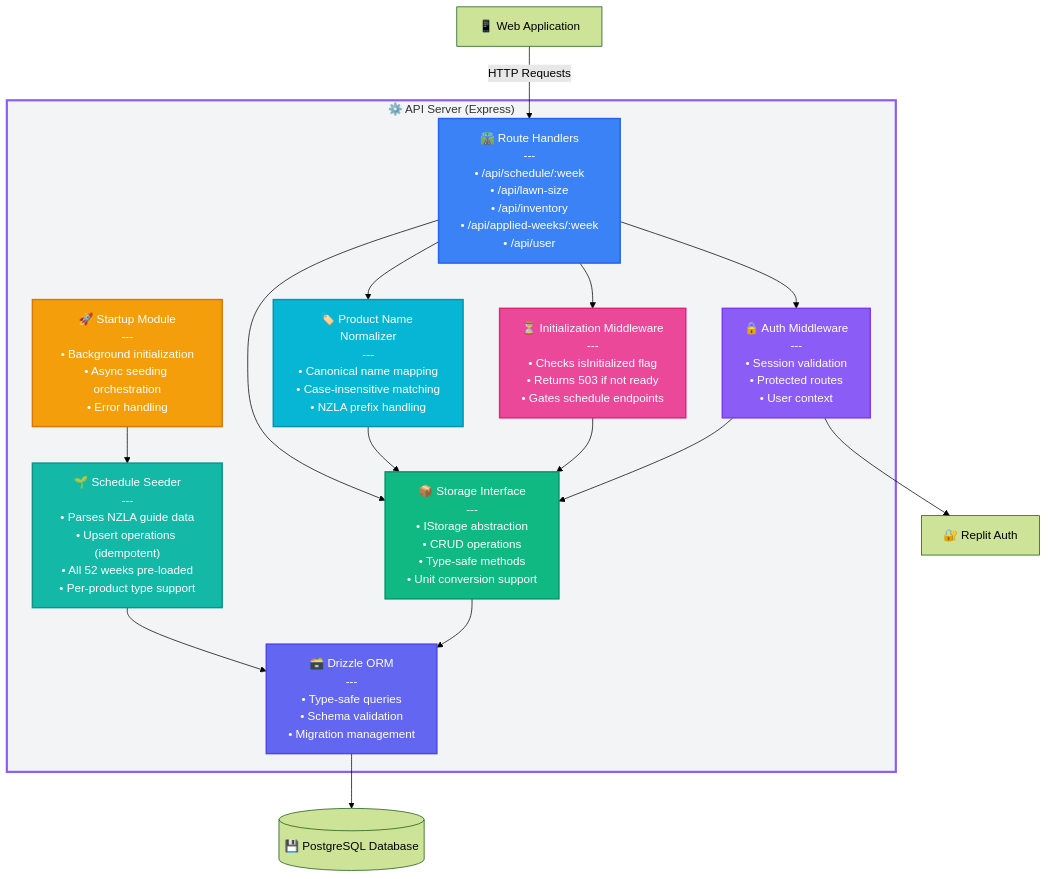
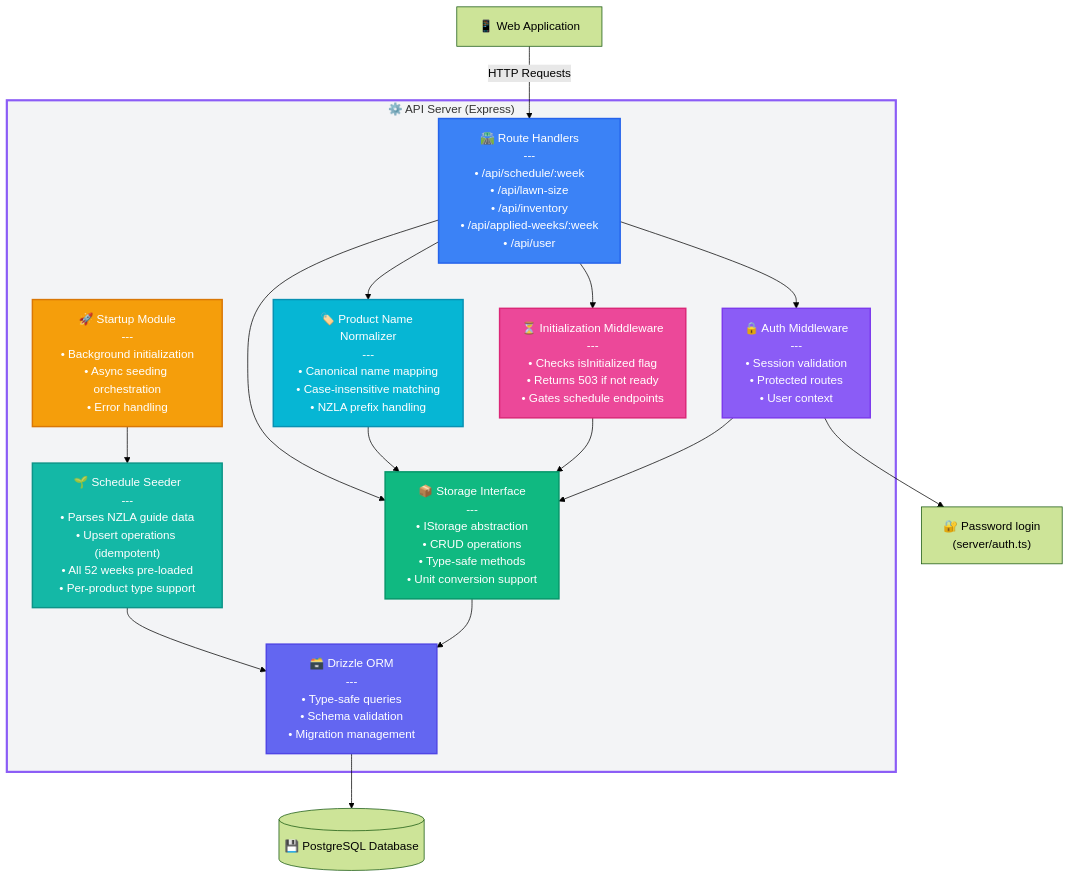
Before and after one commit to elliotchisholm/lawn-care-assistant: the third of 7 diagrams in docs/C4-architecture-diagrams.md, drawn with Mermaid (forest theme). The commit also changed other lines of this file and 17 other files, not shown here.

````diff
--- a/docs/C4-architecture-diagrams.md
+++ b/docs/C4-architecture-diagrams.md
@@ -68,49 +59,49 @@
 ```mermaid
 graph TB
     WebApp["📱 Web Application"]
     
     subgraph APIServer["⚙️ API Server (Express)"]
         Routes["🛣️ Route Handlers<br/>---<br/>• /api/schedule/:week<br/>• /api/lawn-size<br/>• /api/inventory<br/>• /api/applied-weeks/:week<br/>• /api/user"]
         
         AuthMW["🔒 Auth Middleware<br/>---<br/>• Session validation<br/>• Protected routes<br/>• User context"]
         
         InitMW["⏳ Initialization Middleware<br/>---<br/>• Checks isInitialized flag<br/>• Returns 503 if not ready<br/>• Gates schedule endpoints"]
         
         ProductNorm["🏷️ Product Name Normalizer<br/>---<br/>• Canonical name mapping<br/>• Case-insensitive matching<br/>• NZLA prefix handling"]
         
         Storage["📦 Storage Interface<br/>---<br/>• IStorage abstraction<br/>• CRUD operations<br/>• Type-safe methods<br/>• Unit conversion support"]
         
         Startup["🚀 Startup Module<br/>---<br/>• Background initialization<br/>• Async seeding orchestration<br/>• Error handling"]
         
         Seeder["🌱 Schedule Seeder<br/>---<br/>• Parses NZLA guide data<br/>• Upsert operations (idempotent)<br/>• All 52 weeks pre-loaded<br/>• Per-product type support"]
         
         ORM["🗃️ Drizzle ORM<br/>---<br/>• Type-safe queries<br/>• Schema validation<br/>• Migration management"]
     end
     
     DB[("💾 PostgreSQL Database")]
-    Auth["🔐 Replit Auth"]
+    Auth["🔐 Password login<br/>(server/auth.ts)"]
     
     WebApp -->|"HTTP Requests"| Routes
     Routes --> AuthMW
     Routes --> InitMW
     Routes --> ProductNorm
     AuthMW --> Storage
     InitMW --> Storage
     ProductNorm --> Storage
     Routes --> Storage
     Storage --> ORM
     ORM --> DB
     AuthMW --> Auth
     Startup --> Seeder
     Seeder --> ORM
     
     style Routes fill:#3b82f6,stroke:#2563eb,stroke-width:2px,color:#fff
     style AuthMW fill:#8b5cf6,stroke:#7c3aed,stroke-width:2px,color:#fff
     style InitMW fill:#ec4899,stroke:#db2777,stroke-width:2px,color:#fff
     style ProductNorm fill:#06b6d4,stroke:#0891b2,stroke-width:2px,color:#fff
     style Storage fill:#10b981,stroke:#059669,stroke-width:2px,color:#fff
     style Startup fill:#f59e0b,stroke:#d97706,stroke-width:2px,color:#fff
     style Seeder fill:#14b8a6,stroke:#0d9488,stroke-width:2px,color:#fff
     style ORM fill:#6366f1,stroke:#4f46e5,stroke-width:2px,color:#fff
     style APIServer fill:#f3f4f6,stroke:#8b5cf6,stroke-width:3px
 ```
````
